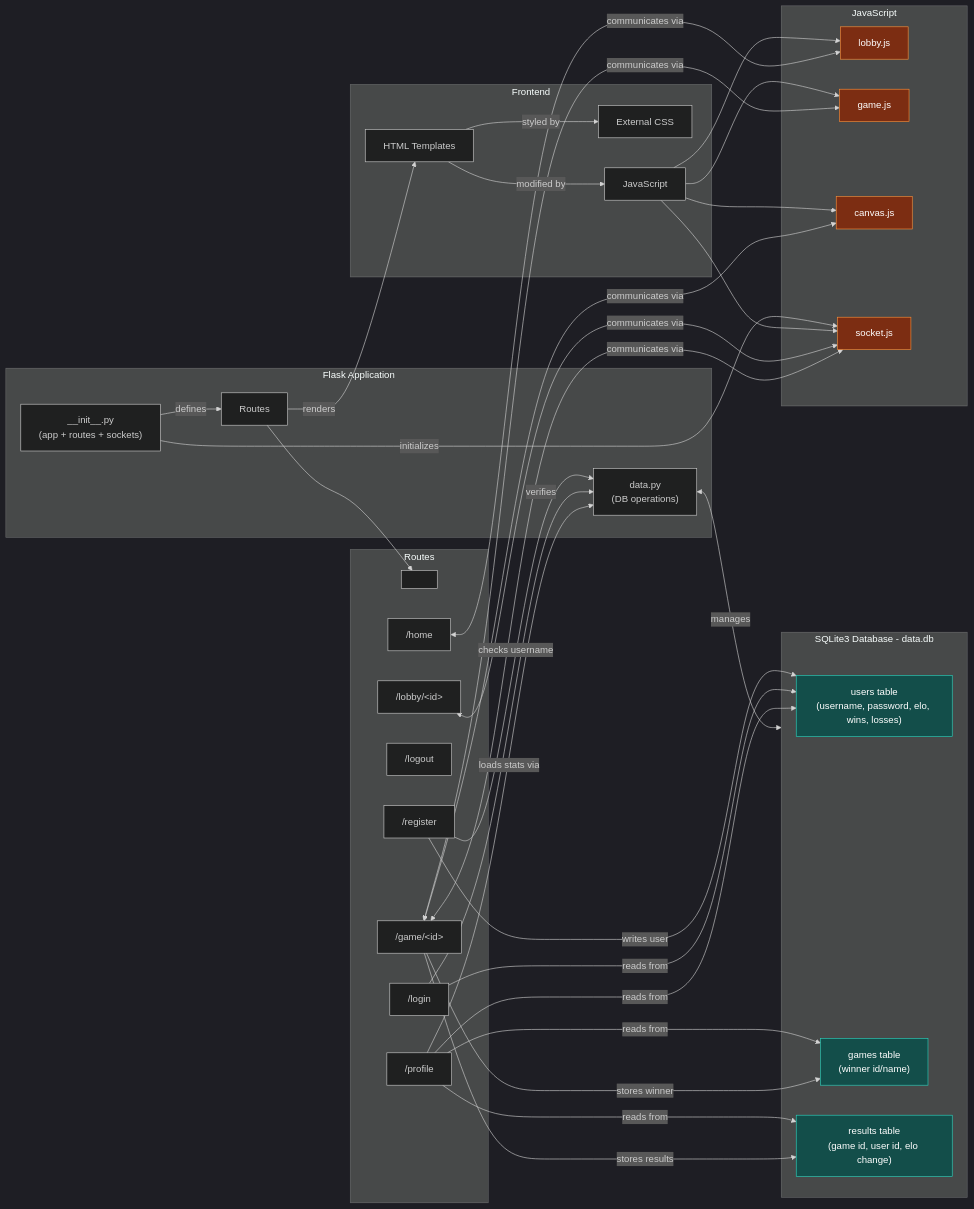
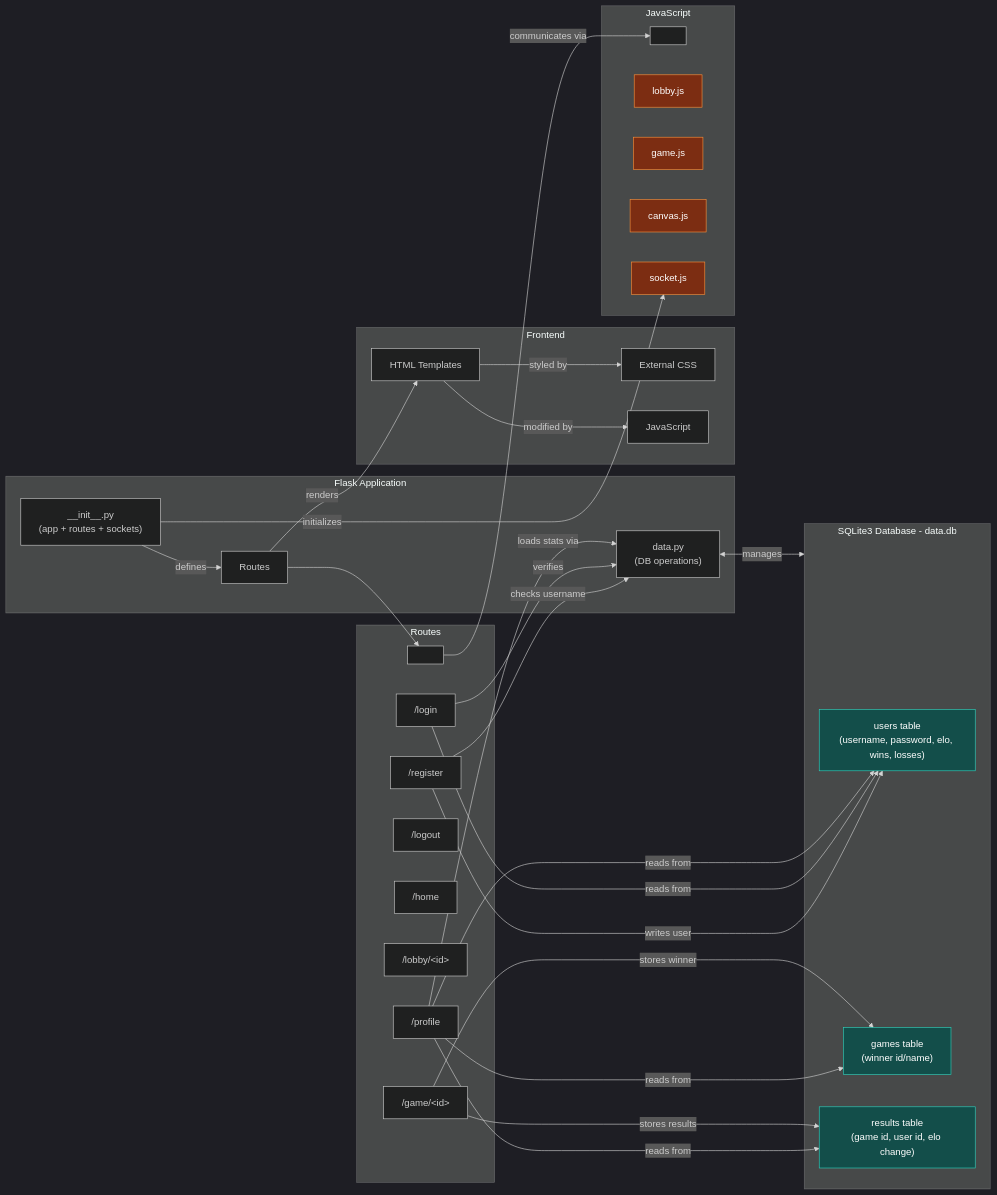
The first of 2 diagrams in design.md (SadgeCat/CopyrightedArtist), drawn with Mermaid before and after one commit.

Commit message:
clean up diamgra

````diff
--- a/design.md
+++ b/design.md
@@ -90,67 +90,65 @@
 ```mermaid
 ---
 config:
   theme: dark
 ---
 flowchart LR
  subgraph FlaskApp["Flask Application"]
         Init["__init__.py<br>(app + routes + sockets)"]
         Routes["Routes"]
         DataPy["data.py<br>(DB operations)"]
   end
  subgraph RoutesDetail["Routes"]
         RouteAnchor[" "]
         Register["/register"]
         Login["/login"]
         Logout["/logout"]
         Home["/home"]
         Lobby["/lobby/&lt;id&gt;"]
         Game["/game/&lt;id&gt;"]
         Profile["/profile"]
   end
  subgraph Database["SQLite3 Database - data.db"]
         UsersTable["users table<br>(username, password, elo, wins, losses)"]
         GamesTable["games table<br>(winner id/name)"]
         ResultsTable["results table<br>(game id, user id, elo change)"]
   end
  subgraph Frontend["Frontend"]
         HTML["HTML Templates"]
         CSS["External CSS"]
         JS["JavaScript"]
   end
  subgraph JSModules["JavaScript"]
+        JSAnchor[" "]
         LobbyJS["lobby.js"]
         GameJS["game.js"]
         CanvasJS["canvas.js"]
         SocketJS["socket.js"]
   end
     Init -- defines --> Routes
     Init -- initializes --> SocketJS
     Routes --> RouteAnchor
     Register -- checks username --> DataPy
     Register -- writes user --> UsersTable
     Login -- verifies --> DataPy
     Login -- reads from --> UsersTable
     Profile -- loads stats via --> DataPy
     Profile -- reads from --> UsersTable & GamesTable & ResultsTable
     DataPy <-- manages --> Database
     Game -- stores winner --> GamesTable
     Game -- stores results --> ResultsTable
     Routes -- renders --> HTML
     HTML -- styled by --> CSS
     HTML -- modified by --> JS
-    JS --> LobbyJS & GameJS & CanvasJS & SocketJS
-    Home <-- communicates via --> LobbyJS
-    Lobby <-- communicates via --> SocketJS
-    Game <-- communicates via --> GameJS & CanvasJS & SocketJS
+    RouteAnchor -- communicates via --> JSAnchor
 
      UsersTable:::dbNode
      GamesTable:::dbNode
      ResultsTable:::dbNode
      LobbyJS:::jsNode
      GameJS:::jsNode
      CanvasJS:::jsNode
      SocketJS:::jsNode
     classDef dbNode fill:#134e4a,stroke:#2dd4bf,color:#ffffff
     classDef jsNode fill:#7c2d12,stroke:#fb923c,color:#ffffff
 ```
````
